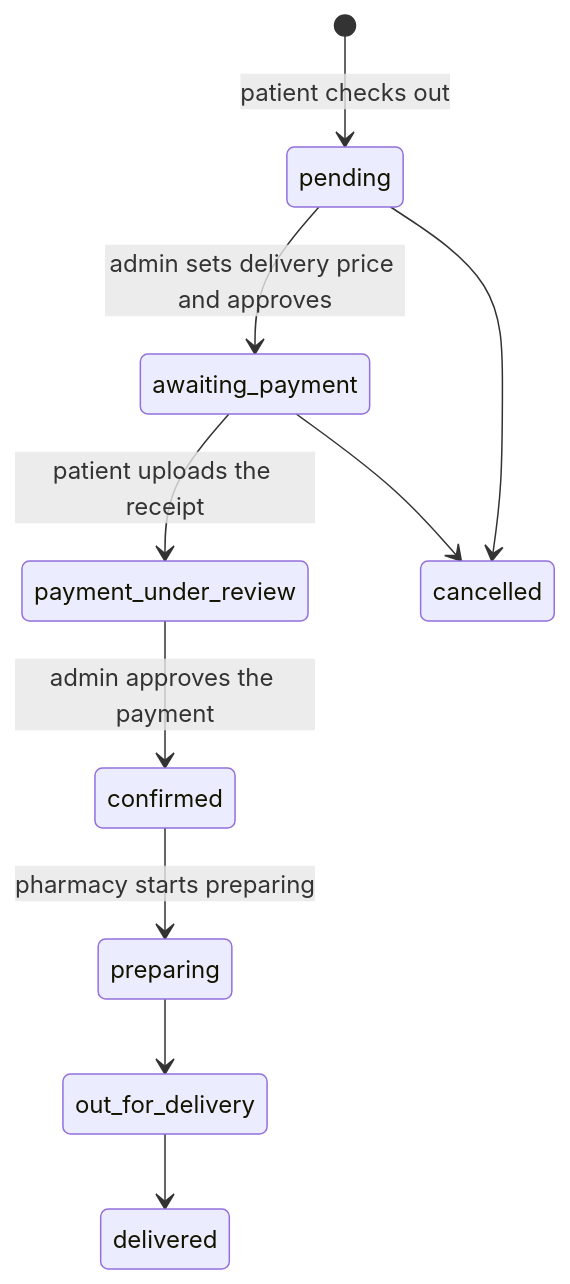
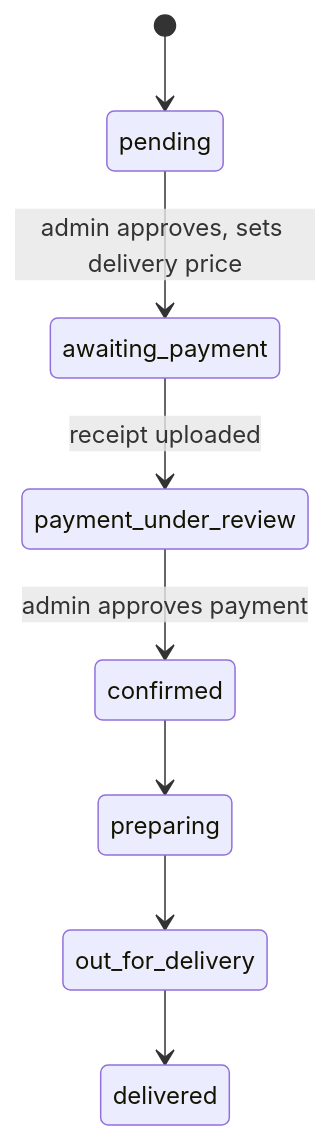
The second of 2 diagrams in README.md (israalubbad/daway-app), drawn with Mermaid before and after one commit. The commit also changed other lines of this file and 1 other file, not shown here.

````diff
--- a/README.md
+++ b/README.md
@@ -274,12 +97,10 @@
 ```mermaid
 stateDiagram-v2
-    [*] --> pending: patient checks out
-    pending --> awaiting_payment: admin sets delivery price and approves
-    awaiting_payment --> payment_under_review: patient uploads the receipt
-    payment_under_review --> confirmed: admin approves the payment
-    confirmed --> preparing: pharmacy starts preparing
+    [*] --> pending
+    pending --> awaiting_payment: admin approves, sets delivery price
+    awaiting_payment --> payment_under_review: receipt uploaded
+    payment_under_review --> confirmed: admin approves payment
+    confirmed --> preparing
     preparing --> out_for_delivery
     out_for_delivery --> delivered
-    pending --> cancelled
-    awaiting_payment --> cancelled
 ```
````
